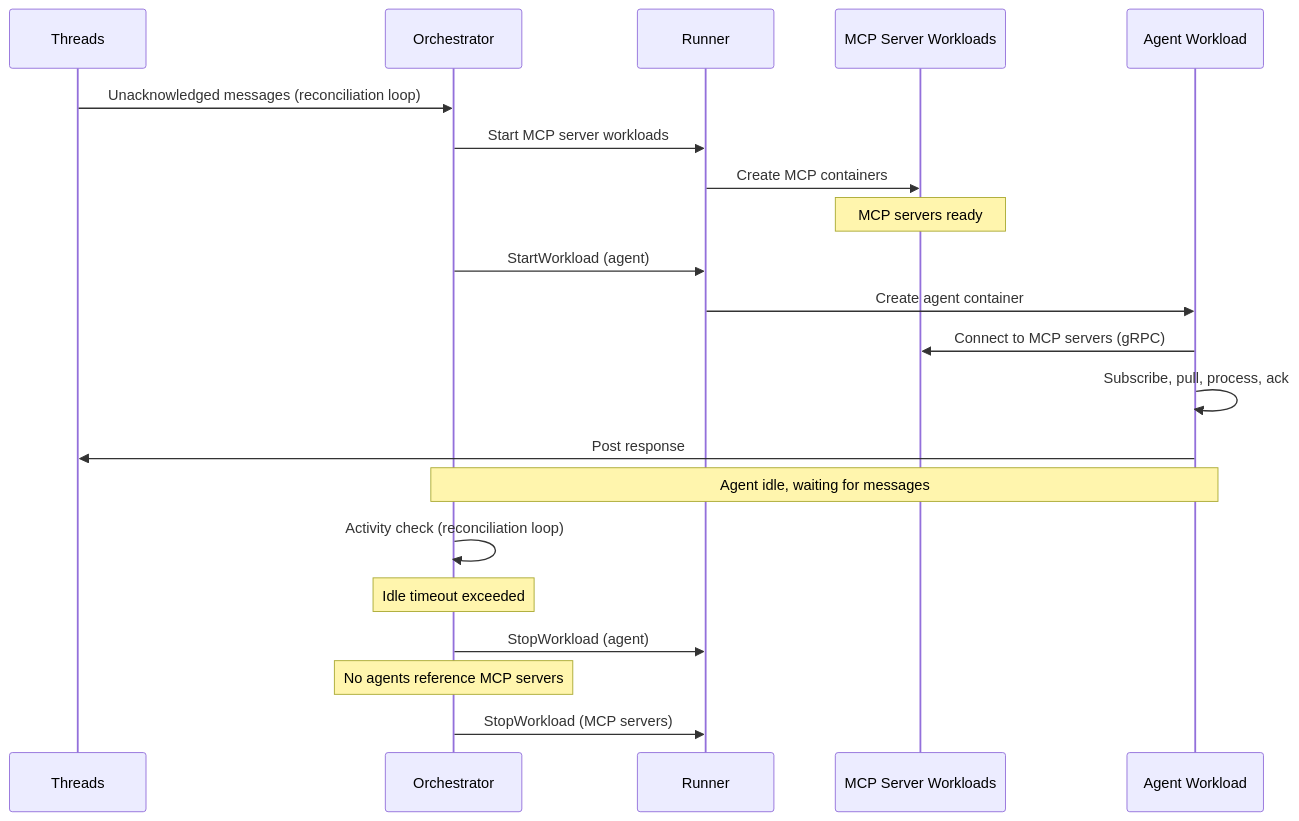
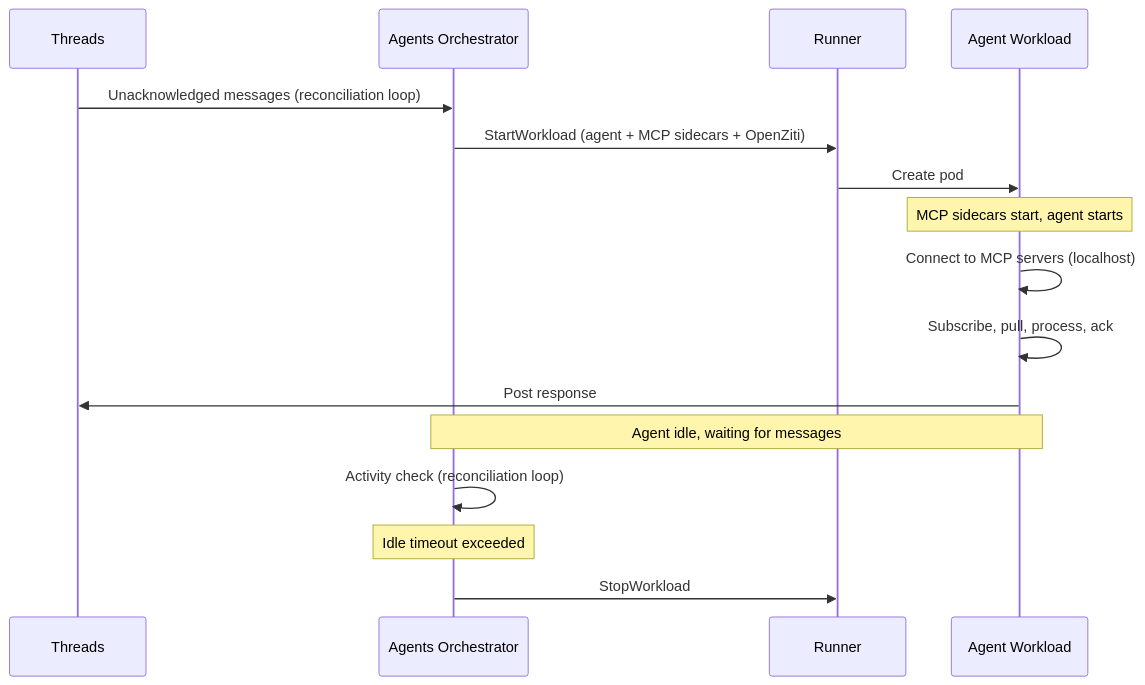
The fourth of 4 diagrams in architecture/agent/overview.md (agynio/architecture), drawn with Mermaid before and after one commit. The commit also changed other lines of this file and 11 other files, not shown here.

First line of the commit message:
MCP servers as sidecars, identity scoped to agentId+threadId

````diff
--- a/architecture/agent/overview.md
+++ b/architecture/agent/overview.md
@@ -154,25 +152,20 @@
 ```mermaid
 sequenceDiagram
     participant T as Threads
-    participant O as Orchestrator
+    participant O as Agents Orchestrator
     participant R as Runner
-    participant M as MCP Server Workloads
     participant A as Agent Workload
 
     T->>O: Unacknowledged messages (reconciliation loop)
-    O->>R: Start MCP server workloads
-    R->>M: Create MCP containers
-    Note over M: MCP servers ready
-    O->>R: StartWorkload (agent)
-    R->>A: Create agent container
-    A->>M: Connect to MCP servers (gRPC)
+    O->>R: StartWorkload (agent + MCP sidecars + OpenZiti)
+    R->>A: Create pod
+    Note over A: MCP sidecars start, agent starts
+    A->>A: Connect to MCP servers (localhost)
     A->>A: Subscribe, pull, process, ack
     A->>T: Post response
 
     Note over A,O: Agent idle, waiting for messages
     O->>O: Activity check (reconciliation loop)
     Note over O: Idle timeout exceeded
-    O->>R: StopWorkload (agent)
-    Note over O: No agents reference MCP servers
-    O->>R: StopWorkload (MCP servers)
+    O->>R: StopWorkload
 ```
````
